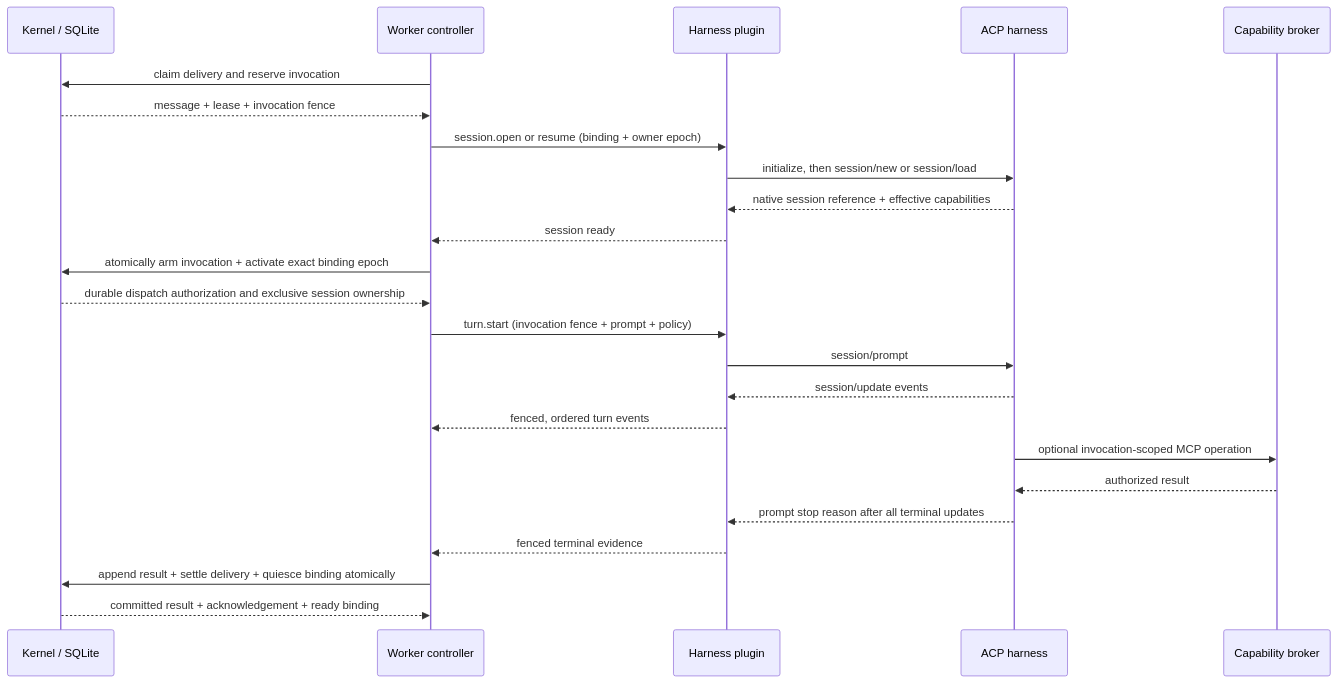
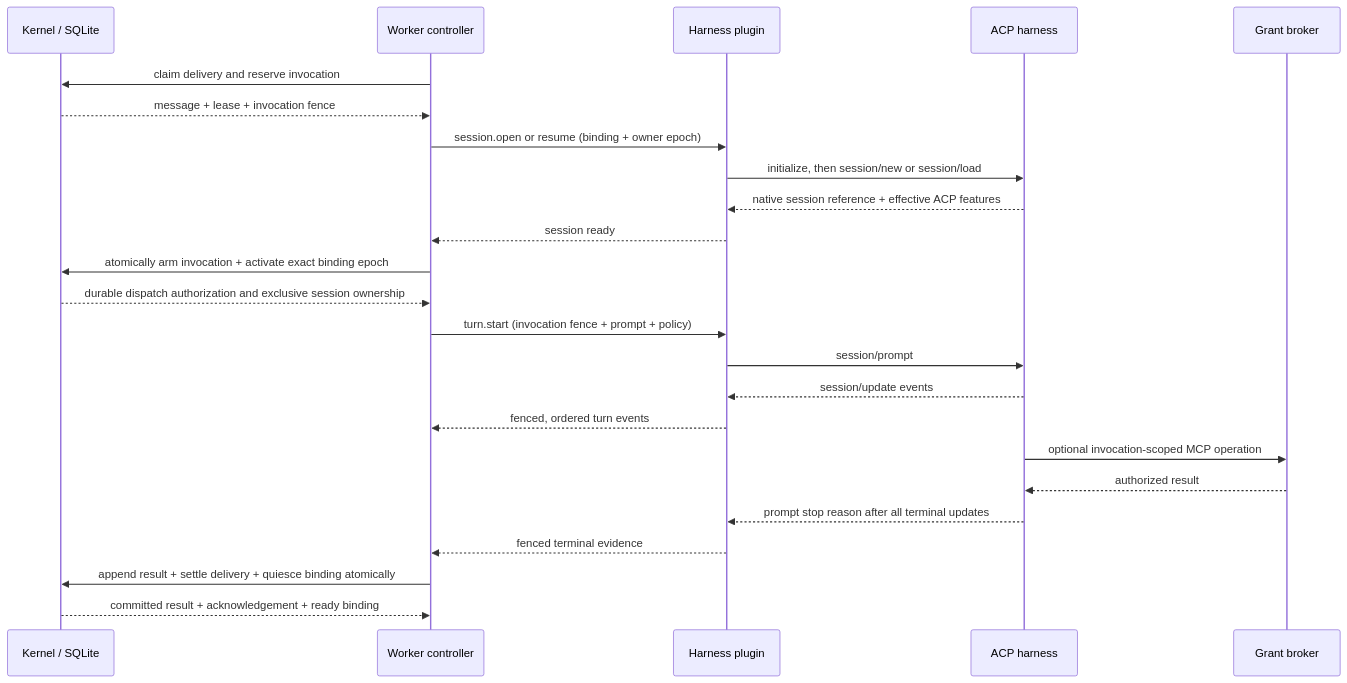
One commit to ngalluzzo/fleetd changed the third of 6 diagrams in docs/HARNESS_EXECUTION.md. Above: the diagram before and after it, drawn with Mermaid. The commit also changed other lines of this file and 55 other files, not shown here.

````diff
--- a/docs/HARNESS_EXECUTION.md
+++ b/docs/HARNESS_EXECUTION.md
@@ -300,27 +300,27 @@
 ```mermaid
 sequenceDiagram
     participant K as Kernel / SQLite
     participant C as Worker controller
     participant P as Harness plugin
     participant A as ACP harness
-    participant B as Capability broker
+    participant B as Grant broker
 
     C->>K: claim delivery and reserve invocation
     K-->>C: message + lease + invocation fence
     C->>P: session.open or resume (binding + owner epoch)
     P->>A: initialize, then session/new or session/load
-    A-->>P: native session reference + effective capabilities
+    A-->>P: native session reference + effective ACP features
     P-->>C: session ready
     C->>K: atomically arm invocation + activate exact binding epoch
     K-->>C: durable dispatch authorization and exclusive session ownership
     C->>P: turn.start (invocation fence + prompt + policy)
     P->>A: session/prompt
     A-->>P: session/update events
     P-->>C: fenced, ordered turn events
     A->>B: optional invocation-scoped MCP operation
     B-->>A: authorized result
     A-->>P: prompt stop reason after all terminal updates
     P-->>C: fenced terminal evidence
     C->>K: append result + settle delivery + quiesce binding atomically
     K-->>C: committed result + acknowledgement + ready binding
 ```
````
